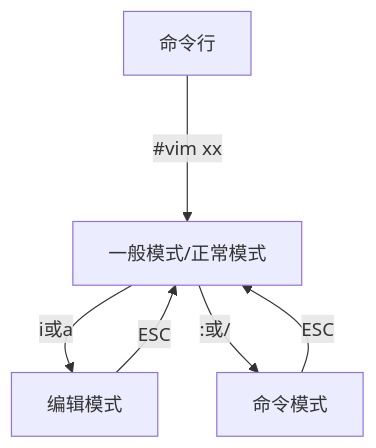
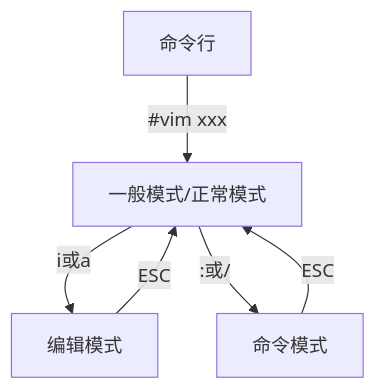
One commit to ZHENG28/ZHENGnotes changed the second of 2 diagrams in bjpowernode/07-互联网生态/01-Linux.md. Above: the diagram before and after it, drawn with Mermaid. The commit also changed 1 other file, not shown here.

Commit message:
adjust mermaid format

````diff
--- a/bjpowernode/07-互联网生态/01-Linux.md
+++ b/bjpowernode/07-互联网生态/01-Linux.md
@@ -60,8 +60,8 @@
     ``` mermaid
         graph
-        命令行--#vim xxx-->norm[一般模式/正常模式]
-        norm--i或a-->edit[编辑模式]
-        edit--ESC-->norm
-        norm--:或/-->command[命令模式]
-        command--ESC-->norm
+        命令行-- #vim xxx --> norm[一般模式/正常模式]
+        norm -- i或a --> edit[编辑模式]
+        edit -- ESC --> norm
+        norm -- :或/ --> command[命令模式]
+        command -- ESC --> norm
     ```
````
